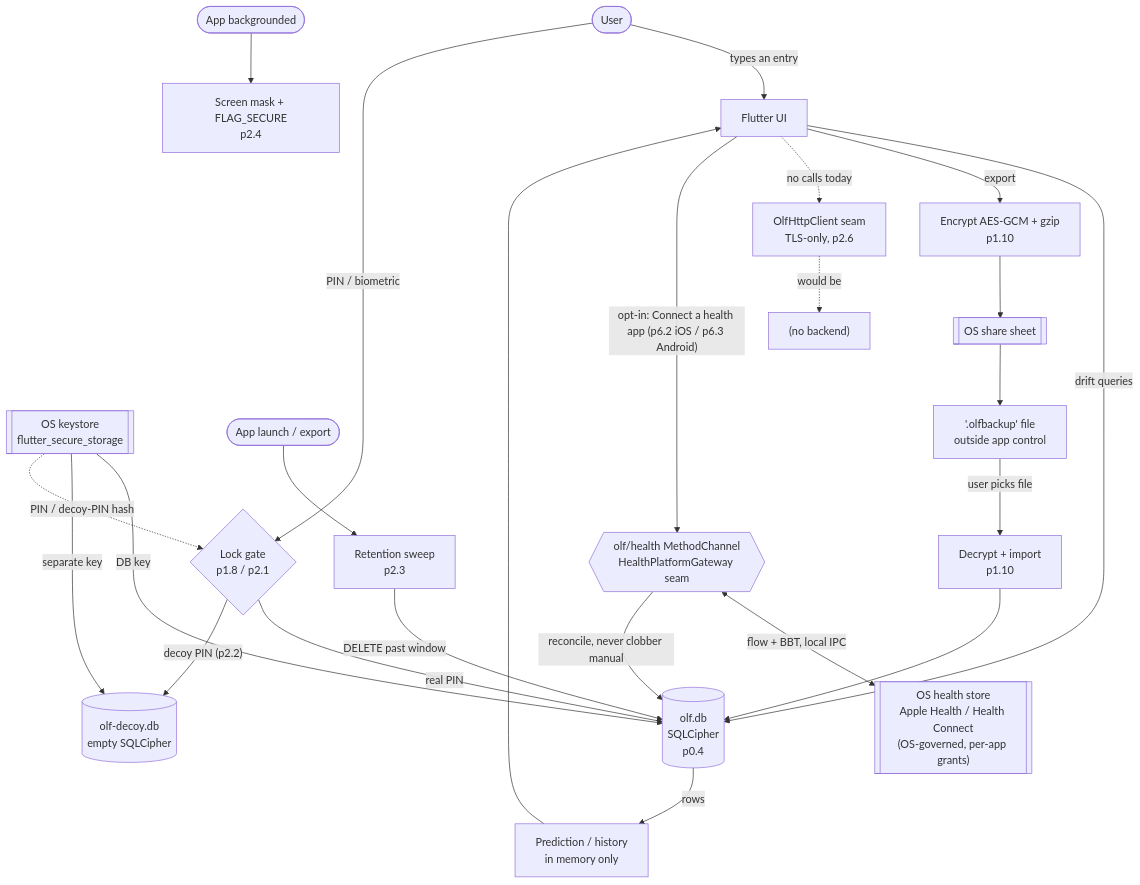
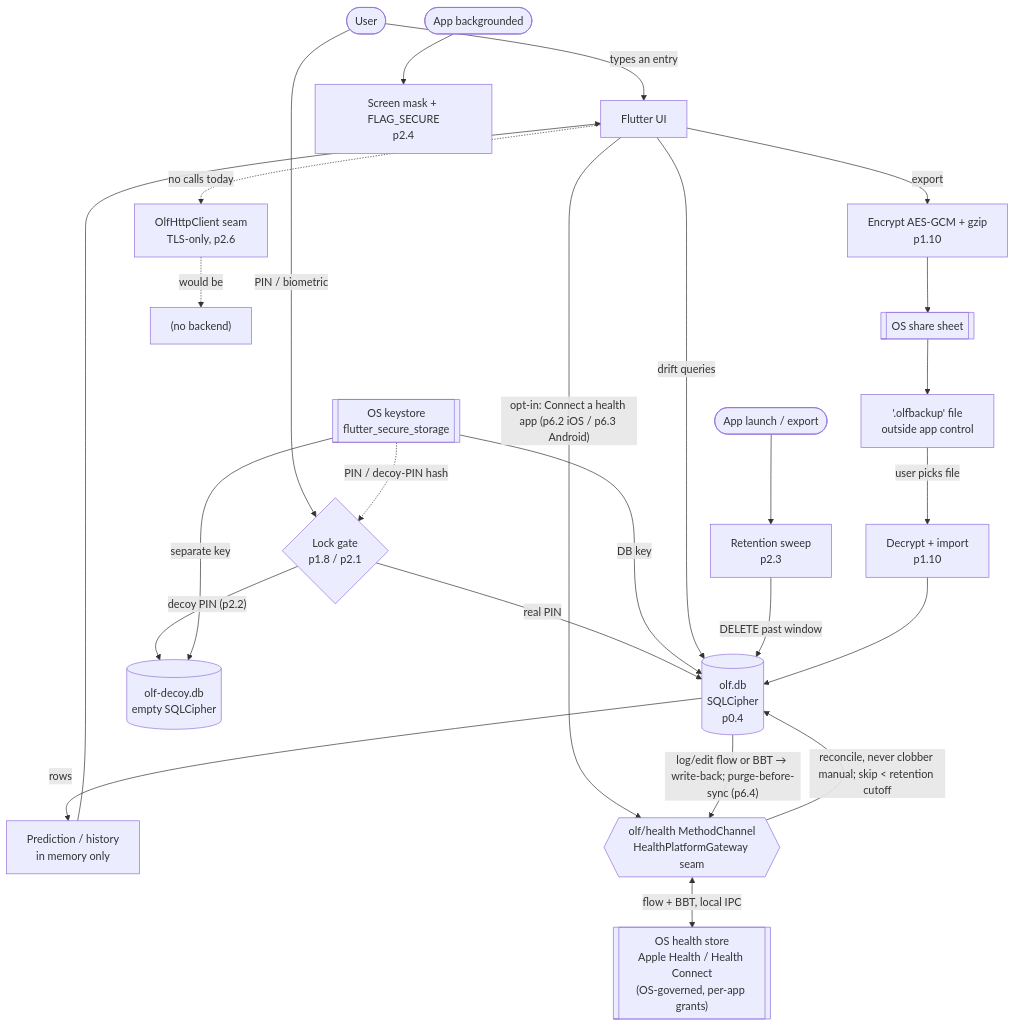
Before and after one commit to Abbo0dio/olf: the diagram in docs/threat-model.md, drawn with Mermaid. The commit also changed other lines of this file and 21 other files, not shown here.

````diff
--- a/docs/threat-model.md
+++ b/docs/threat-model.md
@@ -104,32 +104,33 @@
 ```mermaid
 flowchart TD
     User([User]) -->|types an entry| UI[Flutter UI]
     User -->|PIN / biometric| Gate{"Lock gate<br/>p1.8 / p2.1"}
     Gate -->|real PIN| RealVault[("olf.db<br/>SQLCipher<br/>p0.4")]
     Gate -->|"decoy PIN (p2.2)"| DecoyVault[("olf-decoy.db<br/>empty SQLCipher")]
 
     KS[["OS keystore<br/>flutter_secure_storage"]] -->|DB key| RealVault
     KS -->|separate key| DecoyVault
     KS -.->|PIN / decoy-PIN hash| Gate
 
     UI -->|drift queries| RealVault
     RealVault -->|rows| Derive["Prediction / history<br/>in memory only"]
     Derive --> UI
 
     Launch([App launch / export]) --> Sweep["Retention sweep<br/>p2.3"]
     Sweep -->|DELETE past window| RealVault
 
     UI -->|export| Enc["Encrypt AES-GCM + gzip<br/>p1.10"]
     Enc --> Save[[OS share sheet]]
     Save --> Outside["'.olfbackup' file<br/>outside app control"]
     Outside -->|user picks file| Dec["Decrypt + import<br/>p1.10"] --> RealVault
 
     Lifecycle([App backgrounded]) --> Mask["Screen mask + FLAG_SECURE<br/>p2.4"]
 
     UI -.->|no calls today| Net["OlfHttpClient seam<br/>TLS-only, p2.6"]
     Net -.->|would be| NoBackend["(no backend)"]
 
     UI -->|"opt-in: Connect a health app (p6.2 iOS / p6.3 Android)"| HKBridge{{"olf/health MethodChannel<br/>HealthPlatformGateway seam"}}
     HKBridge <-->|"flow + BBT, local IPC"| HealthStore[["OS health store<br/>Apple Health / Health Connect<br/>(OS-governed, per-app grants)"]]
-    HKBridge -->|"reconcile, never clobber manual"| RealVault
+    HKBridge -->|"reconcile, never clobber manual; skip < retention cutoff"| RealVault
+    RealVault -->|"log/edit flow or BBT → write-back; purge-before-sync (p6.4)"| HKBridge
 ```
````
